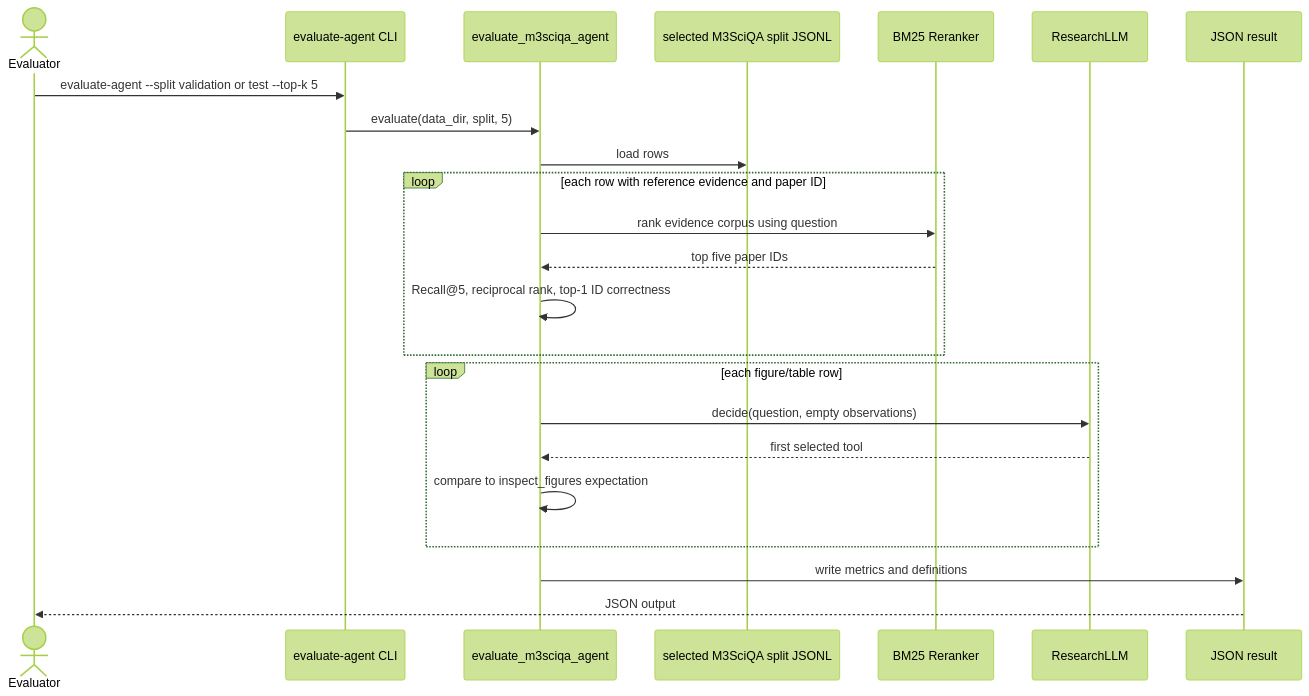
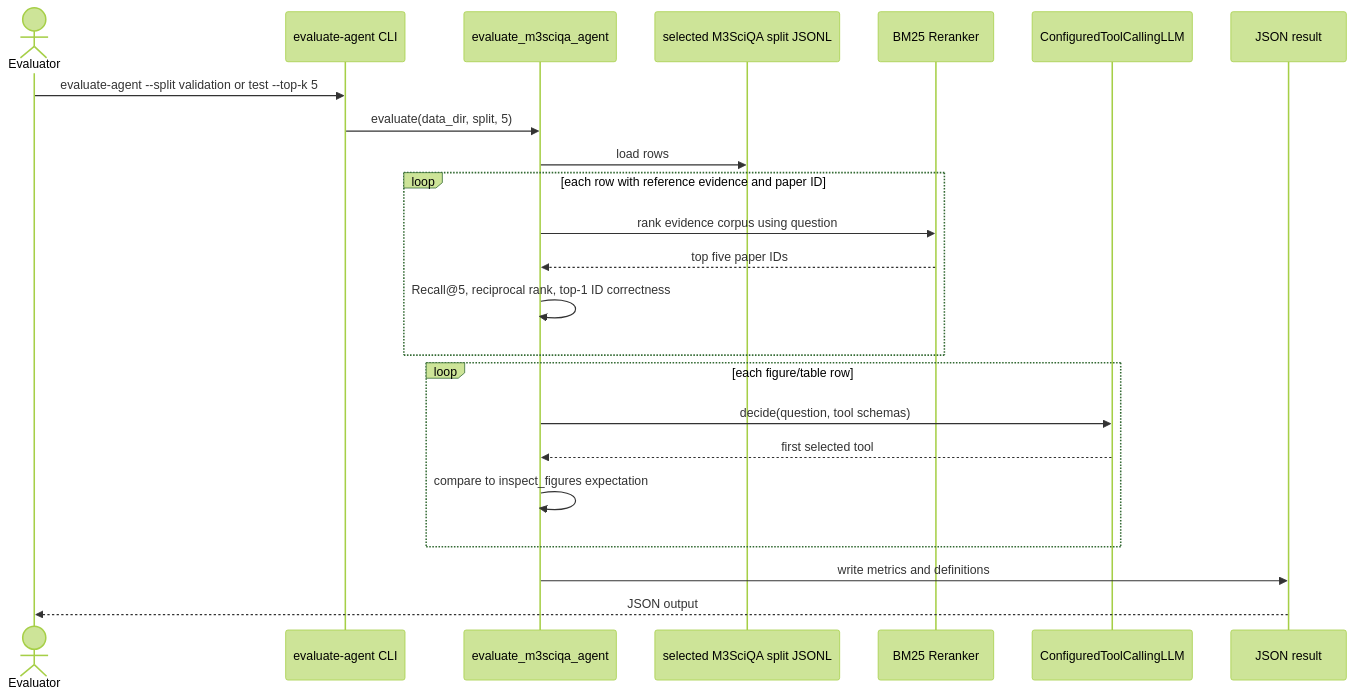
One commit to sefeoglu/llm-agents changed the fourth of 4 diagrams in doc/system-architecture.md. Above: the diagram before and after it, drawn with Mermaid (forest theme). The commit also changed other lines of this file and 41 other files, not shown here.

````diff
--- a/doc/system-architecture.md
+++ b/doc/system-architecture.md
@@ -177,26 +183,26 @@
 ```mermaid
 sequenceDiagram
     actor Evaluator
     participant CLI as evaluate-agent CLI
     participant E as evaluate_m3sciqa_agent
     participant D as selected M3SciQA split JSONL
     participant RR as BM25 Reranker
-    participant R as ResearchLLM
+    participant R as ConfiguredToolCallingLLM
     participant O as JSON result
 
     Evaluator->>CLI: evaluate-agent --split validation or test --top-k 5
     CLI->>E: evaluate(data_dir, split, 5)
     E->>D: load rows
     loop each row with reference evidence and paper ID
         E->>RR: rank evidence corpus using question
         RR-->>E: top five paper IDs
         E->>E: Recall@5, reciprocal rank, top-1 ID correctness
     end
     loop each figure/table row
-        E->>R: decide(question, empty observations)
+        E->>R: decide(question, tool schemas)
         R-->>E: first selected tool
         E->>E: compare to inspect_figures expectation
     end
     E->>O: write metrics and definitions
     O-->>Evaluator: JSON output
 ```
````
